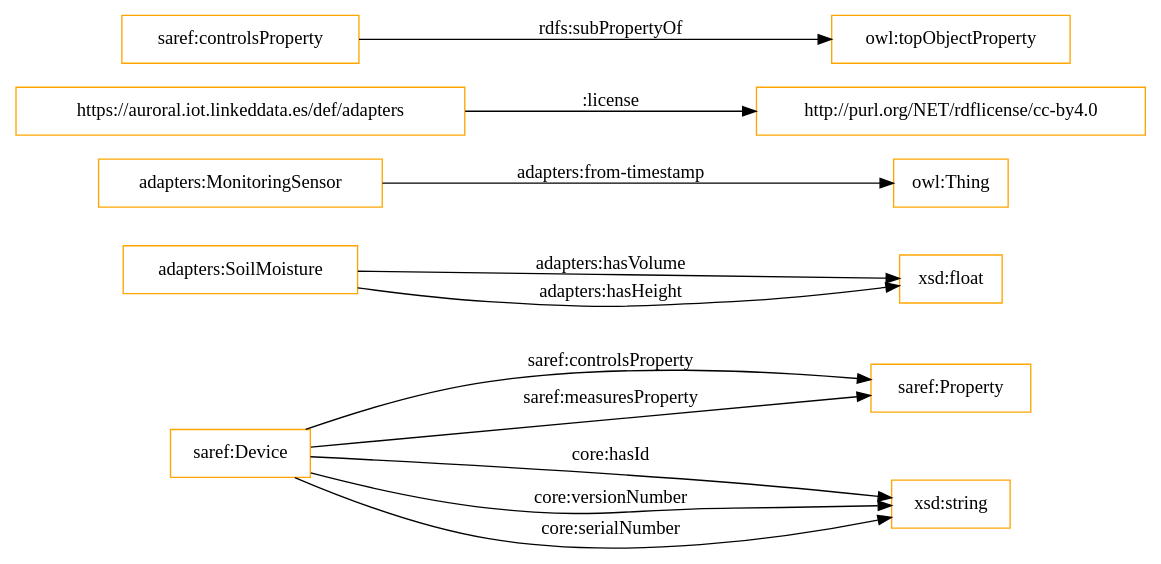
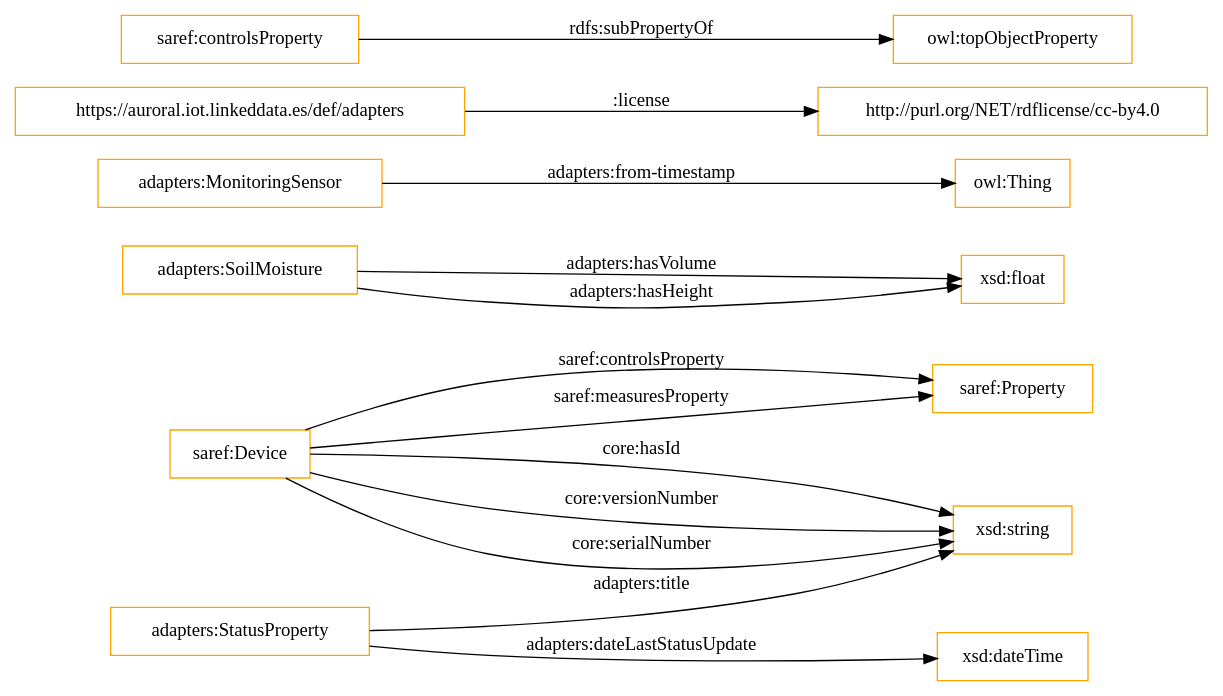
One commit to oeg-upm/auroral-adapters-ontology changed the diagram in OnToology/Ontology/adapters-ontology.owl/diagrams/ar2dtool-class/adapters-ontology.owl.png.dot. Above: the diagram before and after it, drawn with Graphviz. The commit also changed 15 other files, not shown here.

```diff
--- a/OnToology/Ontology/adapters-ontology.owl/diagrams/ar2dtool-class/adapters-ontology.owl.png.dot
+++ b/OnToology/Ontology/adapters-ontology.owl/diagrams/ar2dtool-class/adapters-ontology.owl.png.dot
@@ -1,16 +1,18 @@
 digraph ar2dtool_diagram { 
 rankdir=LR;
 size="1501"
-node [shape = rectangle, color="orange"]; "saref:Device" "adapters:SoilMoisture" "saref:Property" "adapters:MonitoringSensor" ; /*classes style*/
+node [shape = rectangle, color="orange"]; "saref:Device" "adapters:SoilMoisture" "saref:Property" "adapters:MonitoringSensor" "adapters:StatusProperty" ; /*classes style*/
 	"https://auroral.iot.linkeddata.es/def/adapters" -> "http://purl.org/NET/rdflicense/cc-by4.0" [ label = ":license" ];
 	"saref:controlsProperty" -> "owl:topObjectProperty" [ label = "rdfs:subPropertyOf" ];
 	"saref:Device" -> "xsd:string" [ label = "core:hasId" ];
+	"adapters:StatusProperty" -> "xsd:string" [ label = "adapters:title" ];
 	"saref:Device" -> "saref:Property" [ label = "saref:controlsProperty" ];
 	"adapters:SoilMoisture" -> "xsd:float" [ label = "adapters:hasVolume" ];
 	"saref:Device" -> "xsd:string" [ label = "core:versionNumber" ];
 	"saref:Device" -> "saref:Property" [ label = "saref:measuresProperty" ];
 	"adapters:MonitoringSensor" -> "owl:Thing" [ label = "adapters:from-timestamp" ];
+	"adapters:StatusProperty" -> "xsd:dateTime" [ label = "adapters:dateLastStatusUpdate" ];
 	"adapters:SoilMoisture" -> "xsd:float" [ label = "adapters:hasHeight" ];
 	"saref:Device" -> "xsd:string" [ label = "core:serialNumber" ];
 
 }
```
